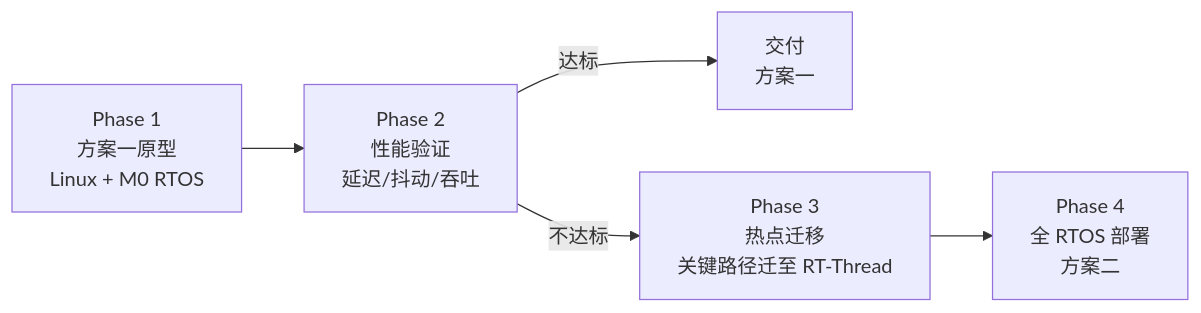
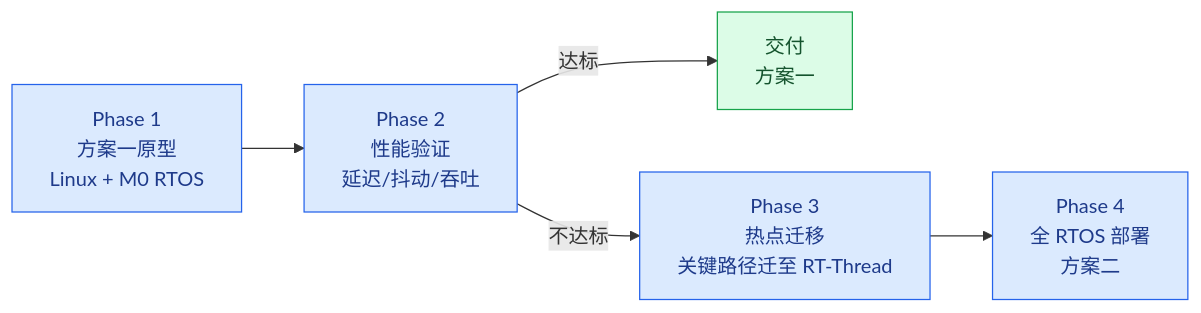
The fourth of 4 diagrams in content/posts/architecture/rtos_vs_linux_heterogeneous_soc.md (DeguiLiu/tech-notes), drawn with Mermaid before and after one commit. The commit also changed other lines of this file and 16 other files, not shown here.

First line of the commit message:
story-docs(blog): de-AI architecture and pattern posts, add project links

````diff
--- a/content/posts/architecture/rtos_vs_linux_heterogeneous_soc.md
+++ b/content/posts/architecture/rtos_vs_linux_heterogeneous_soc.md
@@ -254,7 +269,11 @@
 ```mermaid
 flowchart LR
     P1["Phase 1\n方案一原型\nLinux + M0 RTOS"] --> P2["Phase 2\n性能验证\n延迟/抖动/吞吐"]
     P2 -->|"达标"| SHIP["交付\n方案一"]
     P2 -->|"不达标"| P3["Phase 3\n热点迁移\n关键路径迁至 RT-Thread"]
     P3 --> P4["Phase 4\n全 RTOS 部署\n方案二"]
+    classDef plan fill:#dbeafe,stroke:#2563eb,color:#1e3a8a
+    classDef done fill:#dcfce7,stroke:#16a34a,color:#14532d
+    class P1,P2,P3,P4 plan
+    class SHIP done
 ```
````
